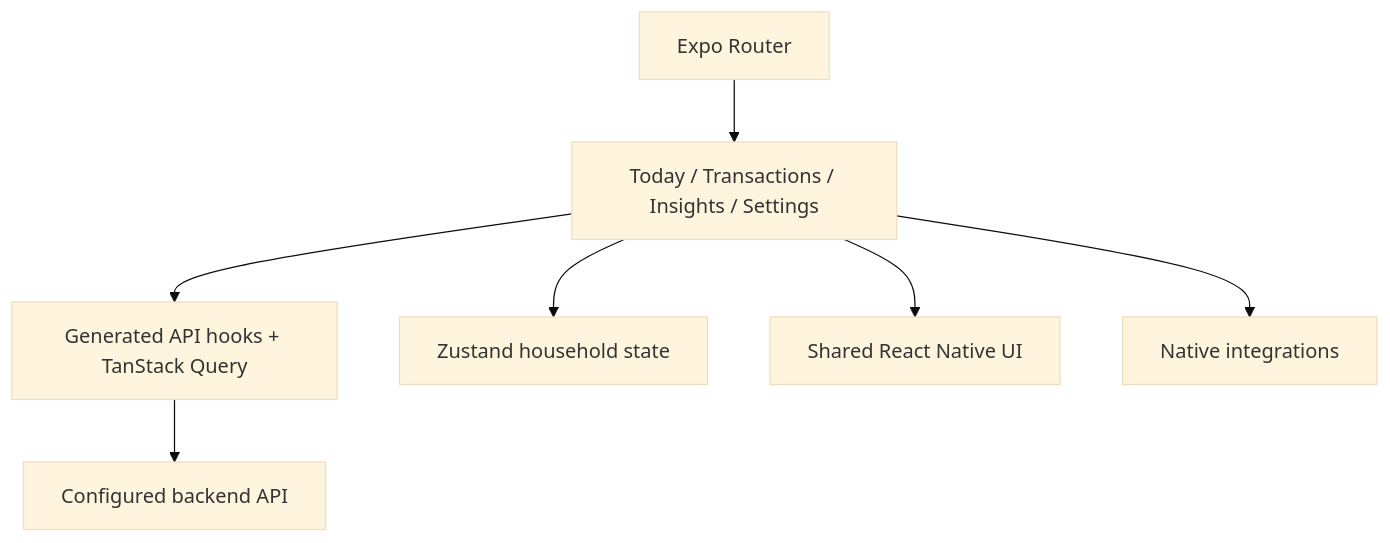
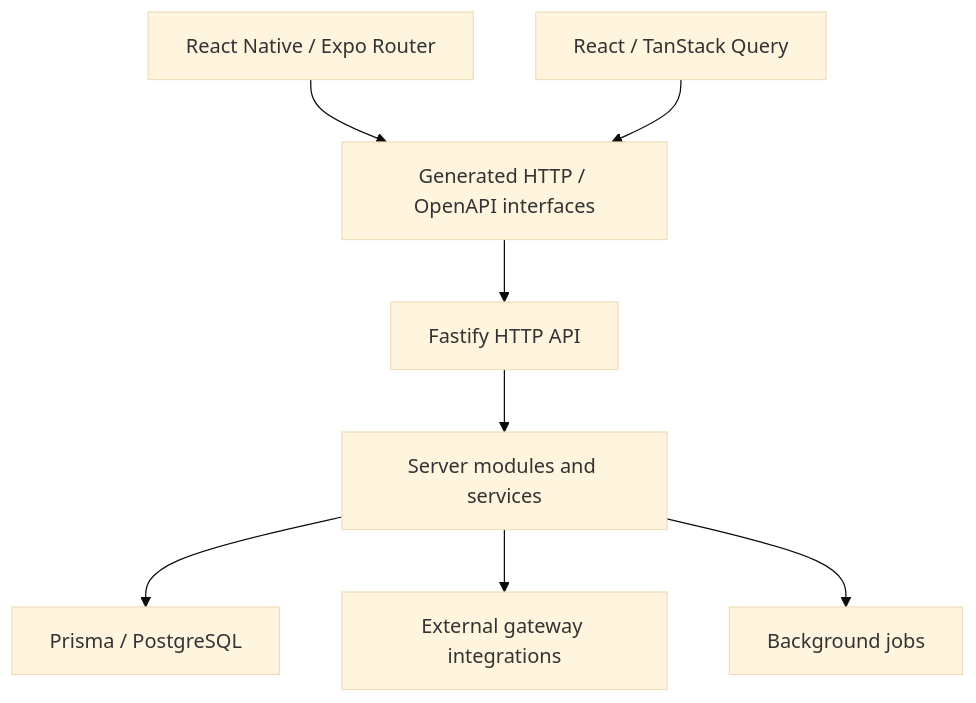
Before and after one commit to mkwitko/mkwitko: the diagram in docs/ARCHITECTURE_PORTFOLIO.md, drawn with Mermaid (base theme). The commit also changed other lines of this file and 4 other files, not shown here.

````diff
--- a/docs/ARCHITECTURE_PORTFOLIO.md
+++ b/docs/ARCHITECTURE_PORTFOLIO.md
@@ -41,9 +9,10 @@
 ```mermaid
 flowchart TD
-  R["Expo Router"] --> Screens["Today / Transactions / Insights / Settings"]
-  Screens --> Query["Generated API hooks + TanStack Query"]
-  Screens --> Local["Zustand household state"]
-  Screens --> UI["Shared React Native UI"]
-  Query --> HTTP["Configured backend API"]
-  Screens --> Native["Native integrations"]
+  App["React Native / Expo Router"] --> Typed["Generated HTTP / OpenAPI interfaces"]
+  Web["React / TanStack Query"] --> Typed
+  Typed --> HTTP["Fastify HTTP API"]
+  HTTP --> Logic["Server modules and services"]
+  Logic --> Database["Prisma / PostgreSQL"]
+  Logic --> Gateway["External gateway integrations"]
+  Logic --> Jobs["Background jobs"]
 ```
````
